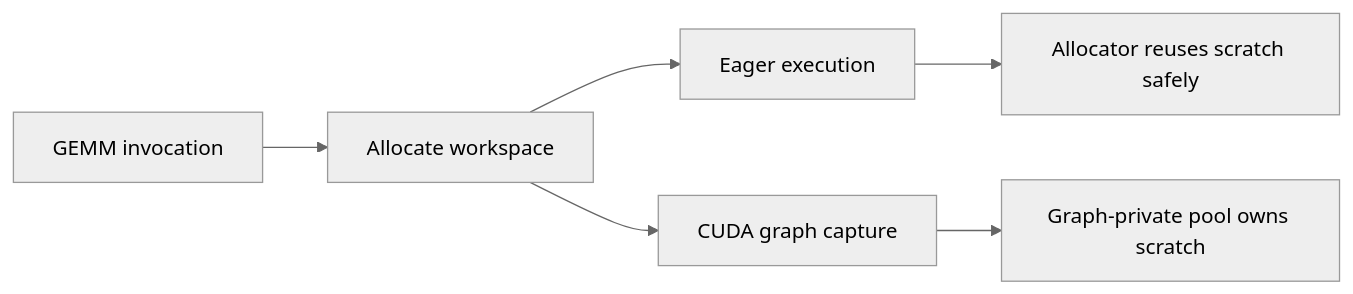
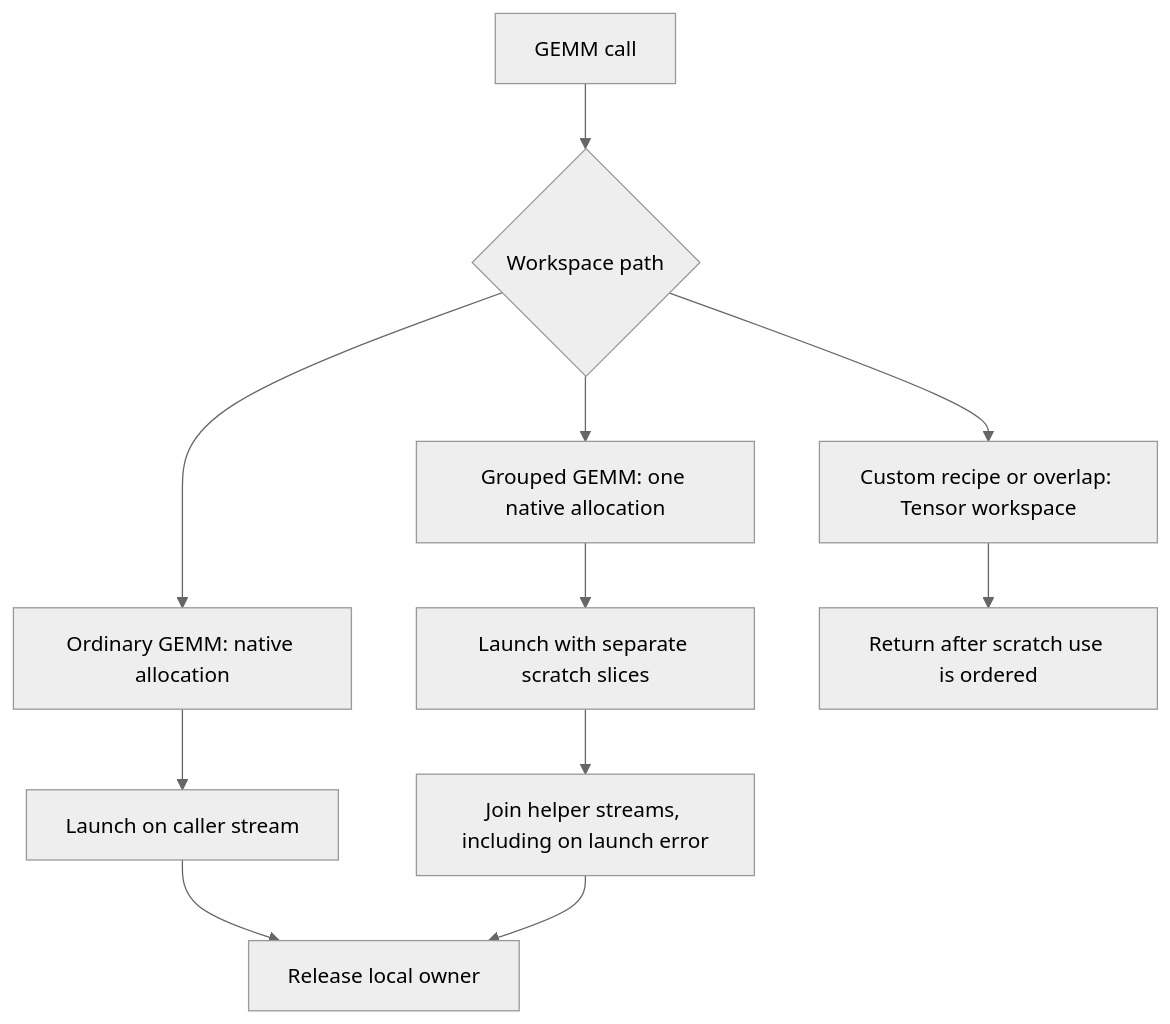
One commit to yuguo-Jack/HCU-TrainFlow changed the diagram in knowledge/projects/transformer-engine/knowledgebase/upstream/prs/NVIDIA--TransformerEngine/PR-3625.md. Above: the diagram before and after it, drawn with Mermaid. The commit also changed other lines of this file and 42044 other files, not shown here.

````diff
--- a/knowledge/projects/transformer-engine/knowledgebase/upstream/prs/NVIDIA--TransformerEngine/PR-3625.md
+++ b/knowledge/projects/transformer-engine/knowledgebase/upstream/prs/NVIDIA--TransformerEngine/PR-3625.md
@@ -112,9 +143,14 @@
 ```mermaid
 %%{init: {'theme': 'neutral'}}%%
-flowchart LR
-  GEMM[GEMM invocation] --> A[Allocate workspace]
-  A --> E[Eager execution]
-  A --> G[CUDA graph capture]
-  E --> C[Allocator reuses scratch safely]
-  G --> P[Graph-private pool owns scratch]
+flowchart TD
+  A[GEMM call] --> B{Workspace path}
+  B --> C[Ordinary GEMM: native allocation]
+  B --> D[Grouped GEMM: one native allocation]
+  B --> E[Custom recipe or overlap: Tensor workspace]
+  C --> F[Launch on caller stream]
+  D --> G[Launch with separate scratch slices]
+  G --> H[Join helper streams, including on launch error]
+  F --> I[Release local owner]
+  H --> I
+  E --> J[Return after scratch use is ordered]
 ```
````
